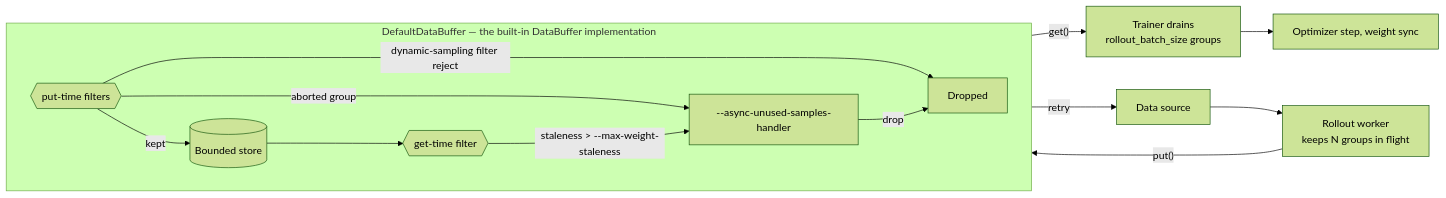
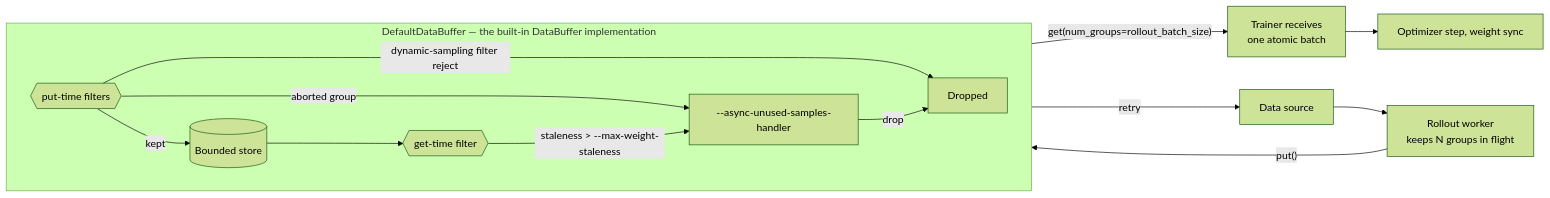
Before and after one commit to radixark/miles: the diagram in docs/user-guide/fully-async.md, drawn with Mermaid (forest theme). The commit also changed other lines of this file and 16 other files, not shown here.

````diff
--- a/docs/user-guide/fully-async.md
+++ b/docs/user-guide/fully-async.md
@@ -133,18 +137,18 @@
 ```mermaid
 flowchart LR
     DS[Data source] --> W["Rollout worker<br/>keeps N groups in flight"]
     W -->|"put()"| PF
     subgraph DB["DefaultDataBuffer — the built-in DataBuffer implementation"]
         direction LR
         PF{{"put-time filters"}}
         PF -->|aborted group| U["--async-unused-samples-handler"]
         PF -->|dynamic-sampling filter reject| X[Dropped]
         PF -->|kept| B[("Bounded store")]
         B --> GF{{"get-time filter"}}
         GF -->|"staleness > --max-weight-staleness"| U
         U -->|drop| X
     end
-    GF -->|"get()"| T["Trainer drains<br/>rollout_batch_size groups"]
+    GF -->|"get(num_groups=rollout_batch_size)"| T["Trainer receives<br/>one atomic batch"]
     U -->|retry| DS
     T --> S[Optimizer step, weight sync]
 ```
````
